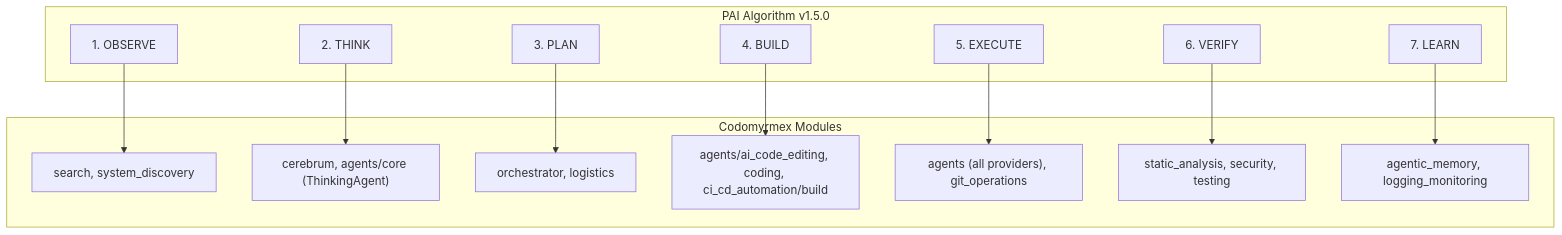
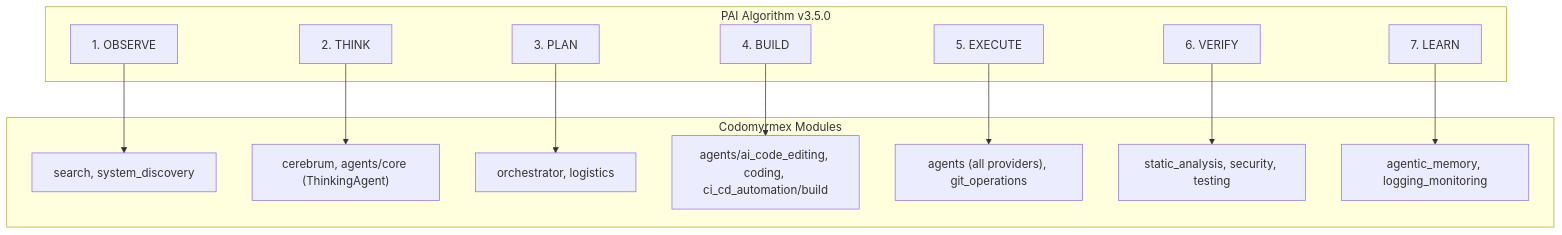
One commit to docxology/codomyrmex changed the second of 2 diagrams in src/codomyrmex/PAI.md. Above: the diagram before and after it, drawn with Mermaid. The commit also changed other lines of this file and 50 other files, not shown here.

````diff
--- a/src/codomyrmex/PAI.md
+++ b/src/codomyrmex/PAI.md
@@ -106,30 +106,30 @@
 ```mermaid
 graph TB
-    subgraph Algorithm ["PAI Algorithm v1.5.0"]
+    subgraph Algorithm ["PAI Algorithm v3.5.0"]
         OBSERVE["1. OBSERVE"]
         THINK["2. THINK"]
         PLAN["3. PLAN"]
         BUILD["4. BUILD"]
         EXECUTE["5. EXECUTE"]
         VERIFY["6. VERIFY"]
         LEARN["7. LEARN"]
     end
 
     subgraph Modules ["Codomyrmex Modules"]
         PM["search, system_discovery"]
         CB["cerebrum, agents/core (ThinkingAgent)"]
         OR["orchestrator, logistics"]
         CE["agents/ai_code_editing, coding, ci_cd_automation/build"]
         AG["agents (all providers), git_operations"]
         SA["static_analysis, security, testing"]
         AM["agentic_memory, logging_monitoring"]
     end
 
     OBSERVE --> PM
     THINK --> CB
     PLAN --> OR
     BUILD --> CE
     EXECUTE --> AG
     VERIFY --> SA
     LEARN --> AM
 ```
````
